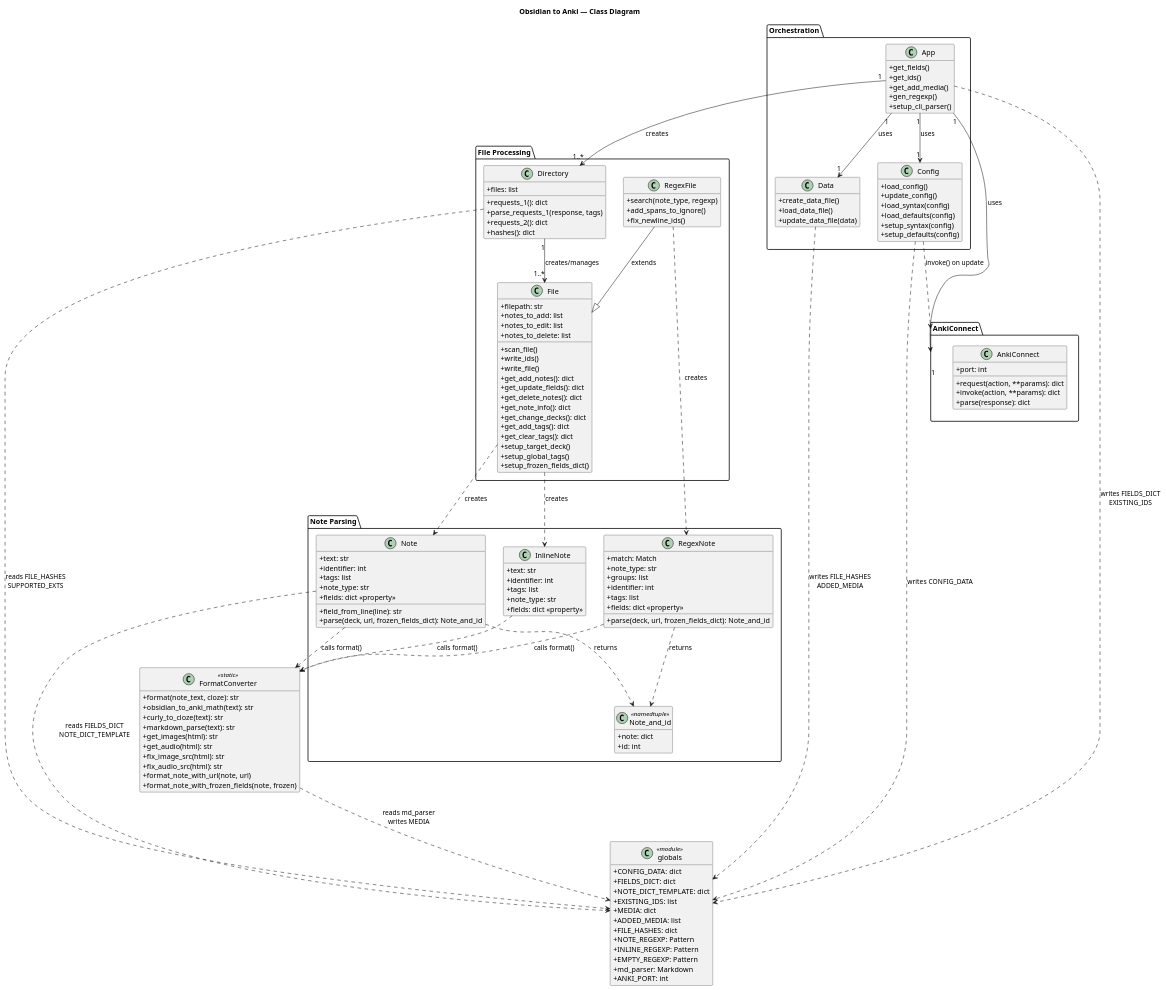
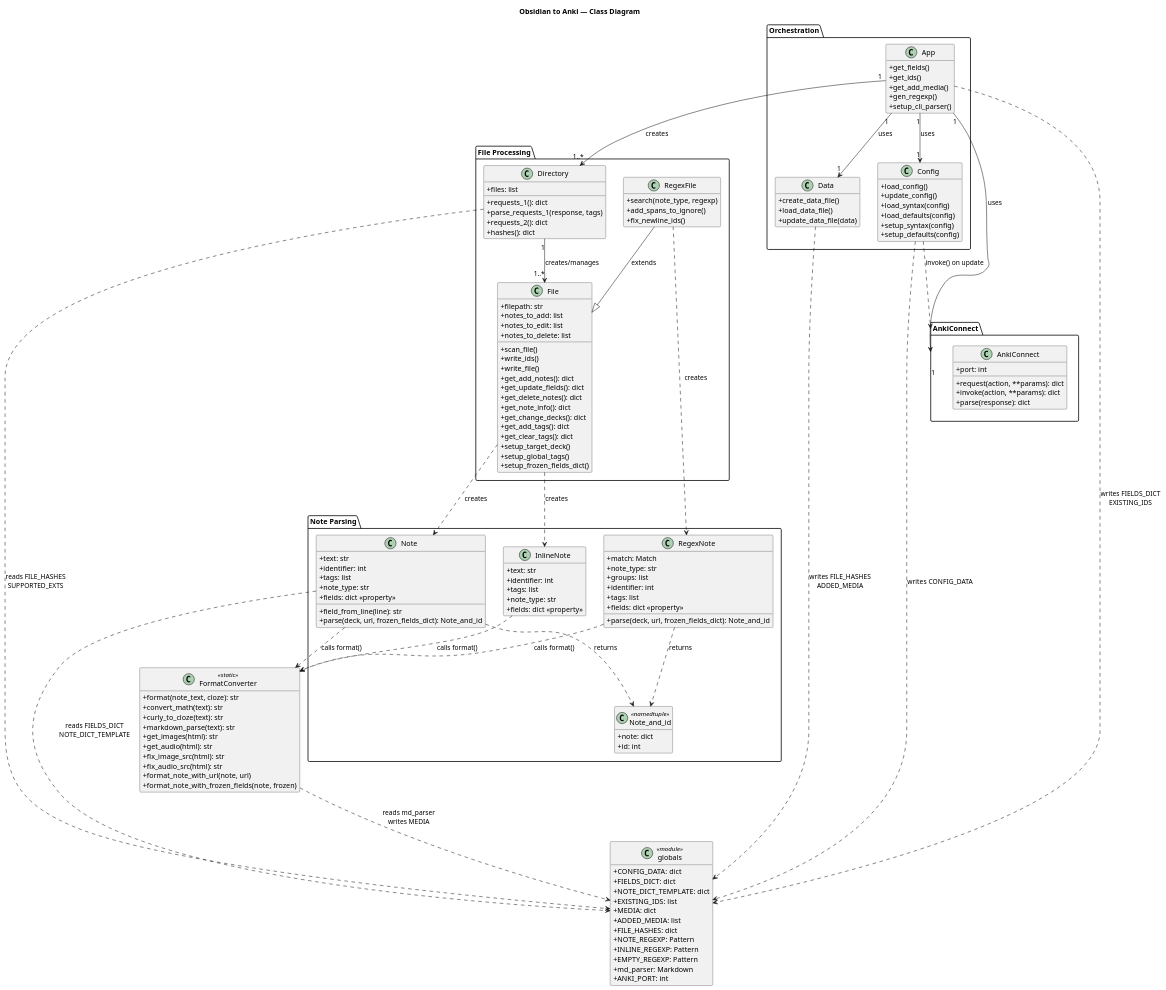
The diagram in docs/legacy/class_diagram.puml (willgraham345/Obsidian_to_Anki), drawn with PlantUML before and after one commit. The commit also changed 37 other files, not shown here.

Commit message:
fixup! refactor: rename package from obsidian_to_anki to atomics

```diff
--- a/docs/legacy/class_diagram.puml
+++ b/docs/legacy/class_diagram.puml
@@ -1,176 +1,176 @@
 @startuml class_diagram
 title Obsidian to Anki — Class Diagram
 
 skinparam classAttributeIconSize 0
 skinparam groupInheritance 2
 hide empty members
 
 package "Orchestration" {
   class App {
     + get_fields()
     + get_ids()
     + get_add_media()
     + gen_regexp()
     + setup_cli_parser()
   }
 
   class Config {
     + load_config()
     + update_config()
     + load_syntax(config)
     + load_defaults(config)
     + setup_syntax(config)
     + setup_defaults(config)
   }
 
   class Data {
     + create_data_file()
     + load_data_file()
     + update_data_file(data)
   }
 }
 
 package "AnkiConnect" {
   class AnkiConnect {
     + port: int
     + request(action, **params): dict
     + invoke(action, **params): dict
     + parse(response): dict
   }
 }
 
 package "File Processing" {
   class Directory {
     + files: list
     + requests_1(): dict
     + parse_requests_1(response, tags)
     + requests_2(): dict
     + hashes(): dict
   }
 
   class File {
     + filepath: str
     + notes_to_add: list
     + notes_to_edit: list
     + notes_to_delete: list
     + scan_file()
     + write_ids()
     + write_file()
     + get_add_notes(): dict
     + get_update_fields(): dict
     + get_delete_notes(): dict
     + get_note_info(): dict
     + get_change_decks(): dict
     + get_add_tags(): dict
     + get_clear_tags(): dict
     + setup_target_deck()
     + setup_global_tags()
     + setup_frozen_fields_dict()
   }
 
   class RegexFile {
     + search(note_type, regexp)
     + add_spans_to_ignore()
     + fix_newline_ids()
   }
 }
 
 package "Note Parsing" {
   class Note {
     + text: str
     + identifier: int
     + tags: list
     + note_type: str
     + fields: dict <<property>>
     + field_from_line(line): str
     + parse(deck, url, frozen_fields_dict): Note_and_id
   }
 
   class InlineNote {
     + text: str
     + identifier: int
     + tags: list
     + note_type: str
     + fields: dict <<property>>
   }
 
   class RegexNote {
     + match: Match
     + note_type: str
     + groups: list
     + identifier: int
     + tags: list
     + fields: dict <<property>>
     + parse(deck, url, frozen_fields_dict): Note_and_id
   }
 
   class Note_and_id <<namedtuple>> {
     + note: dict
     + id: int
   }
 }
 
 class FormatConverter <<static>> {
   + format(note_text, cloze): str
-  + obsidian_to_anki_math(text): str
+  + convert_math(text): str
   + curly_to_cloze(text): str
   + markdown_parse(text): str
   + get_images(html): str
   + get_audio(html): str
   + fix_image_src(html): str
   + fix_audio_src(html): str
   + format_note_with_url(note, url)
   + format_note_with_frozen_fields(note, frozen)
 }
 
 class globals <<module>> {
   + CONFIG_DATA: dict
   + FIELDS_DICT: dict
   + NOTE_DICT_TEMPLATE: dict
   + EXISTING_IDS: list
   + MEDIA: dict
   + ADDED_MEDIA: list
   + FILE_HASHES: dict
   + NOTE_REGEXP: Pattern
   + INLINE_REGEXP: Pattern
   + EMPTY_REGEXP: Pattern
   + md_parser: Markdown
   + ANKI_PORT: int
 }
 
 ' Orchestration relationships
 App "1" --> "1" Config : uses
 App "1" --> "1" Data : uses
 App "1" --> "1..*" Directory : creates
 App "1" --> "1" AnkiConnect : uses
 
 ' File processing relationships
 Directory "1" --> "1..*" File : creates/manages
 RegexFile --|> File : extends
 
 ' Note creation
 File ..> Note : creates
 File ..> InlineNote : creates
 RegexFile ..> RegexNote : creates
 
 ' Note results
 Note ..> Note_and_id : returns
 RegexNote ..> Note_and_id : returns
 
 ' Format conversion
 Note ..> FormatConverter : calls format()
 InlineNote ..> FormatConverter : calls format()
 RegexNote ..> FormatConverter : calls format()
 
 ' Config and AnkiConnect
 Config ..> AnkiConnect : invoke() on update
 
 ' Global state reads/writes
 Config ..> globals : writes CONFIG_DATA
 Data ..> globals : writes FILE_HASHES\nADDED_MEDIA
 FormatConverter ..> globals : reads md_parser\nwrites MEDIA
 Note ..> globals : reads FIELDS_DICT\nNOTE_DICT_TEMPLATE
 Directory ..> globals : reads FILE_HASHES\nSUPPORTED_EXTS
 App ..> globals : writes FIELDS_DICT\nEXISTING_IDS
 
 @enduml
```
